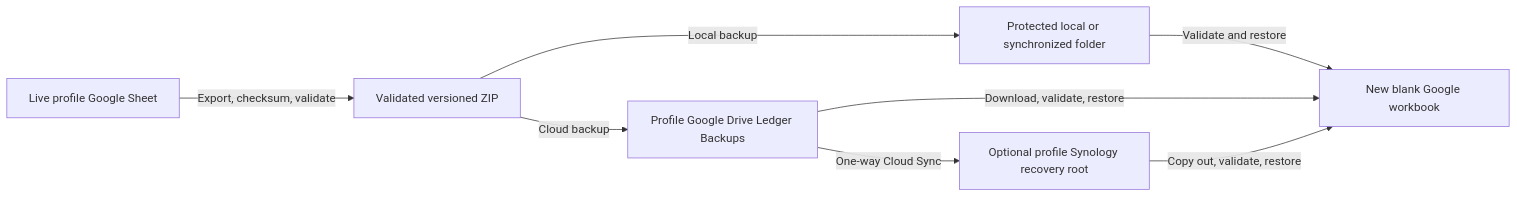
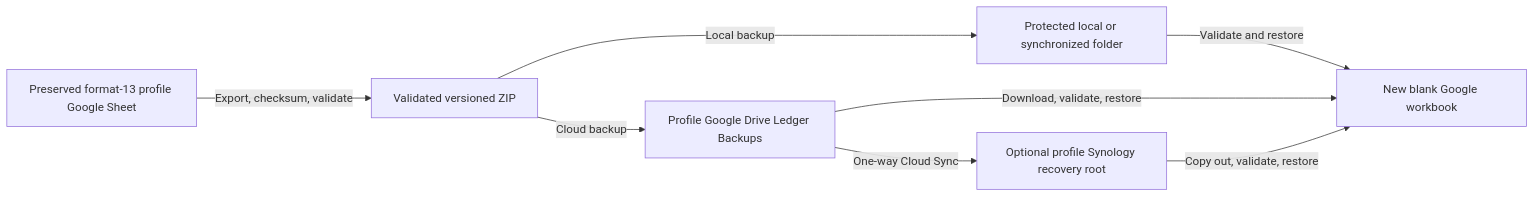
One commit to Roklion/Project_Tabula_Rasa changed the diagram in docs/BACKUP_RECOVERY.md. Above: the diagram before and after it, drawn with Mermaid. The commit also changed other lines of this file and 6 other files, not shown here.

````diff
--- a/docs/BACKUP_RECOVERY.md
+++ b/docs/BACKUP_RECOVERY.md
@@ -17,17 +17,17 @@
 ```mermaid
 flowchart LR
-    Sheets["Live profile Google Sheet"]
+    Sheets["Preserved format-13 profile Google Sheet"]
     Archive["Validated versioned ZIP"]
     Local["Protected local or synchronized folder"]
     Drive["Profile Google Drive Ledger Backups"]
     NAS["Optional profile Synology recovery root"]
     Restore["New blank Google workbook"]
 
     Sheets -->|"Export, checksum, validate"| Archive
     Archive -->|"Local backup"| Local
     Archive -->|"Cloud backup"| Drive
     Drive -->|"One-way Cloud Sync"| NAS
     Local -->|"Validate and restore"| Restore
     Drive -->|"Download, validate, restore"| Restore
     NAS -->|"Copy out, validate, restore"| Restore
 ```
````
